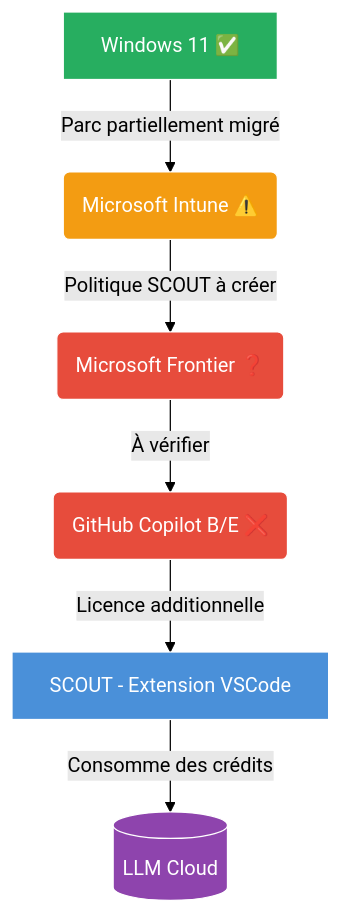
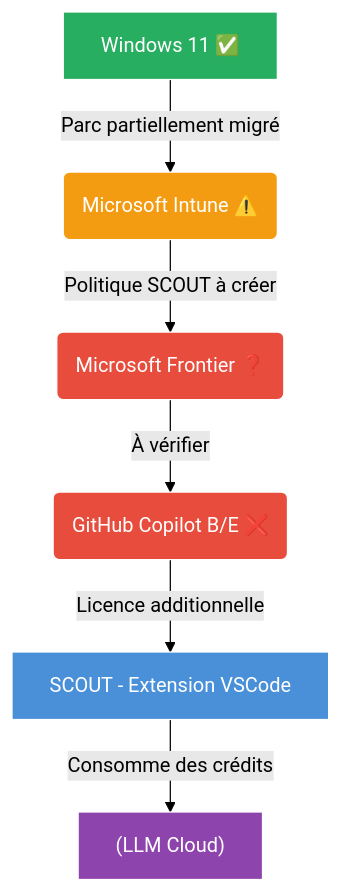
Before and after one commit to christophedanhier-hash/BAVI_LEO: the second of 3 diagrams in docs/wiki/agent-pro/bureau-robert/dossier-strategique-microsoft-scout-20260709.md, drawn with Mermaid (forest theme).

Commit message:
fix: dernier label non quote dans dossier strategique (LLM Cloud)

````diff
--- a/docs/wiki/agent-pro/bureau-robert/dossier-strategique-microsoft-scout-20260709.md
+++ b/docs/wiki/agent-pro/bureau-robert/dossier-strategique-microsoft-scout-20260709.md
@@ -164,15 +164,15 @@
 ```mermaid
 graph TD
     A[Windows 11 ✅] -->|Parc partiellement migré| B(Microsoft Intune ⚠️)
     B -->|Politique SCOUT à créer| C(Microsoft Frontier ❓)
     C -->|À vérifier| D(GitHub Copilot B/E ❌)
-    D -->|Licence additionnelle| E[SCOUT - Extension VSCode]
-    E -->|Consomme des crédits| F[(LLM Cloud)]
+    D -->|Licence additionnelle| E["SCOUT - Extension VSCode"]
+    E -->|Consomme des crédits| F["(LLM Cloud)"]
     
     style A fill:#27ae60,stroke:#fff,color:#fff
     style B fill:#f39c12,stroke:#fff,color:#fff
     style C fill:#e74c3c,stroke:#fff,color:#fff
     style D fill:#e74c3c,stroke:#fff,color:#fff
     style E fill:#4a90d9,stroke:#fff,color:#fff
     style F fill:#8e44ad,stroke:#fff,color:#fff
 ```
````
